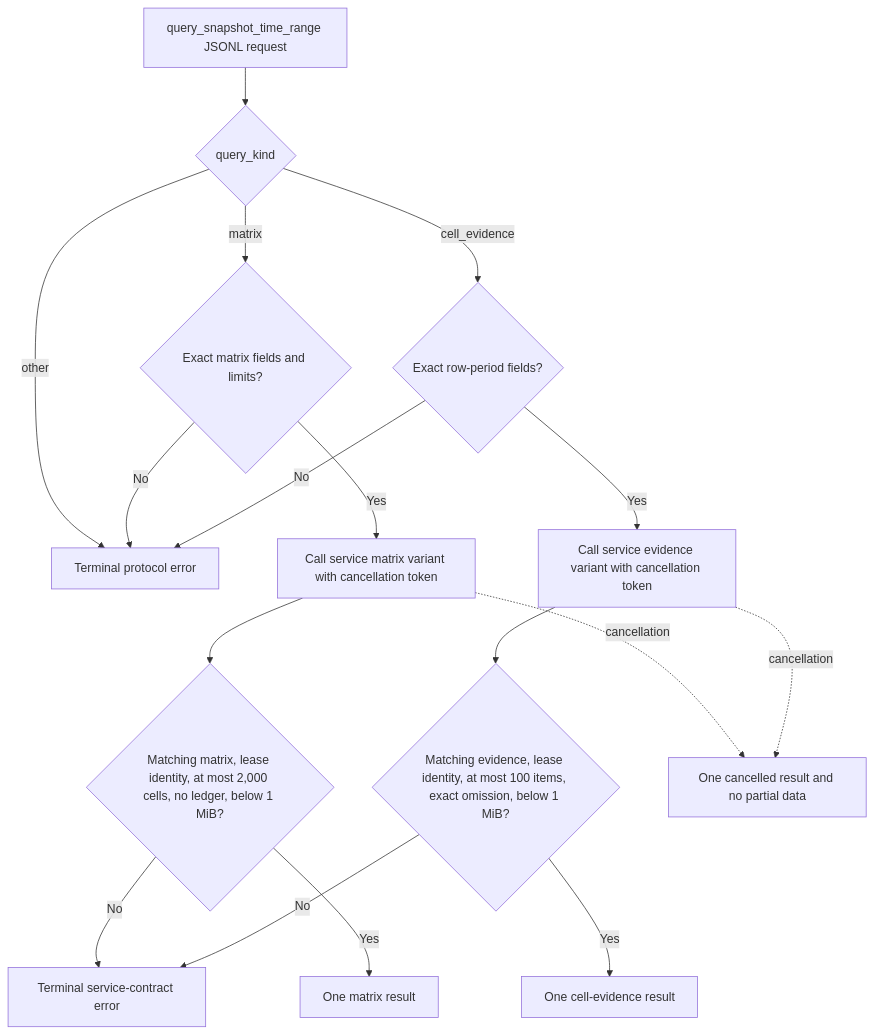
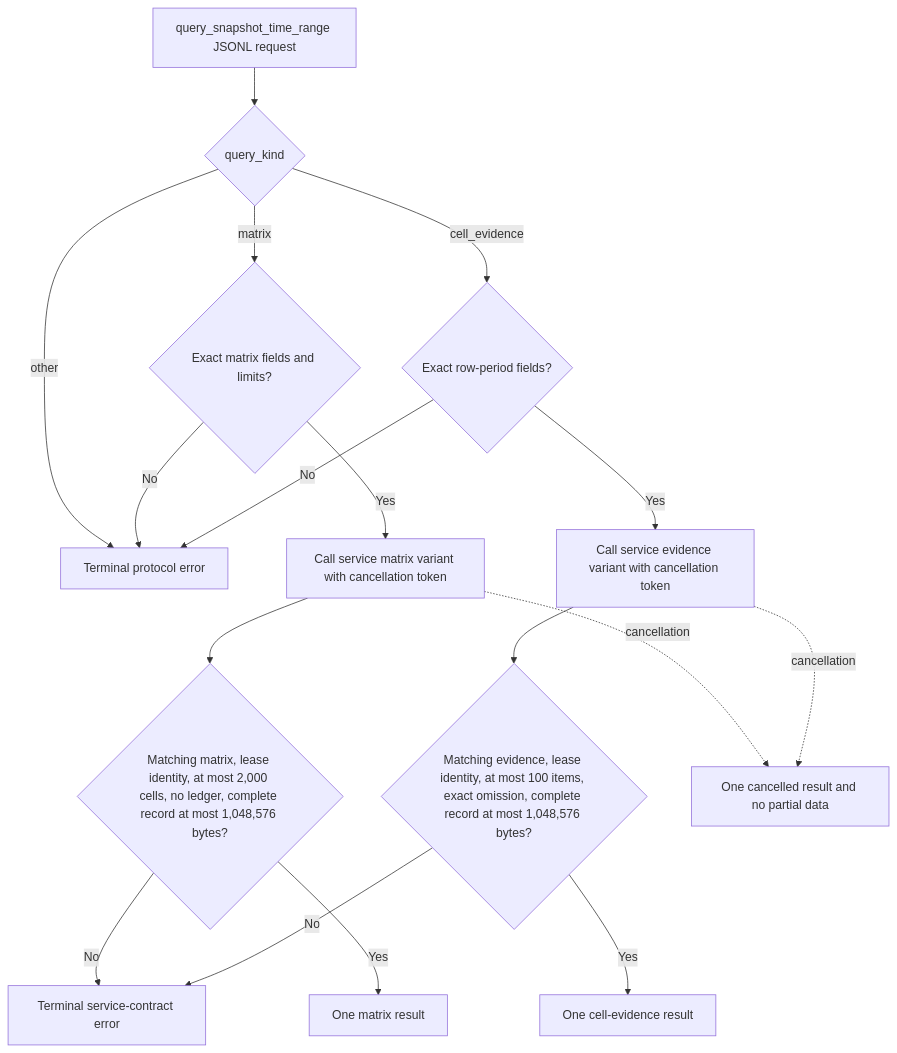
Before and after one commit to martinbechard/agent-runner: the sixth of 6 diagrams in docs/design/components/CD-004-agent-report-worker-protocol.md, drawn with Mermaid. The commit also changed other lines of this file and 1 other file, not shown here.

````diff
--- a/docs/design/components/CD-004-agent-report-worker-protocol.md
+++ b/docs/design/components/CD-004-agent-report-worker-protocol.md
@@ -1291,19 +1311,19 @@
 ```mermaid
 flowchart TD
   Request[query_snapshot_time_range JSONL request] --> Kind{query_kind}
   Kind -- matrix --> MatrixFields{Exact matrix fields and limits?}
   Kind -- cell_evidence --> EvidenceFields{Exact row-period fields?}
   Kind -- other --> ContractError[Terminal protocol error]
   MatrixFields -- No --> ContractError
   EvidenceFields -- No --> ContractError
   MatrixFields -- Yes --> MatrixCall[Call service matrix variant with cancellation token]
   EvidenceFields -- Yes --> EvidenceCall[Call service evidence variant with cancellation token]
-  MatrixCall --> MatrixResult{Matching matrix, lease identity, at most 2,000 cells, no ledger, below 1 MiB?}
-  EvidenceCall --> EvidenceResult{Matching evidence, lease identity, at most 100 items, exact omission, below 1 MiB?}
+  MatrixCall --> MatrixResult{Matching matrix, lease identity, at most 2,000 cells, no ledger, complete record at most 1,048,576 bytes?}
+  EvidenceCall --> EvidenceResult{Matching evidence, lease identity, at most 100 items, exact omission, complete record at most 1,048,576 bytes?}
   MatrixResult -- No --> ServiceContract[Terminal service-contract error]
   EvidenceResult -- No --> ServiceContract
   MatrixResult -- Yes --> MatrixTerminal[One matrix result]
   EvidenceResult -- Yes --> EvidenceTerminal[One cell-evidence result]
   MatrixCall -. cancellation .-> CancelledTerminal[One cancelled result and no partial data]
   EvidenceCall -. cancellation .-> CancelledTerminal
 ```
````
